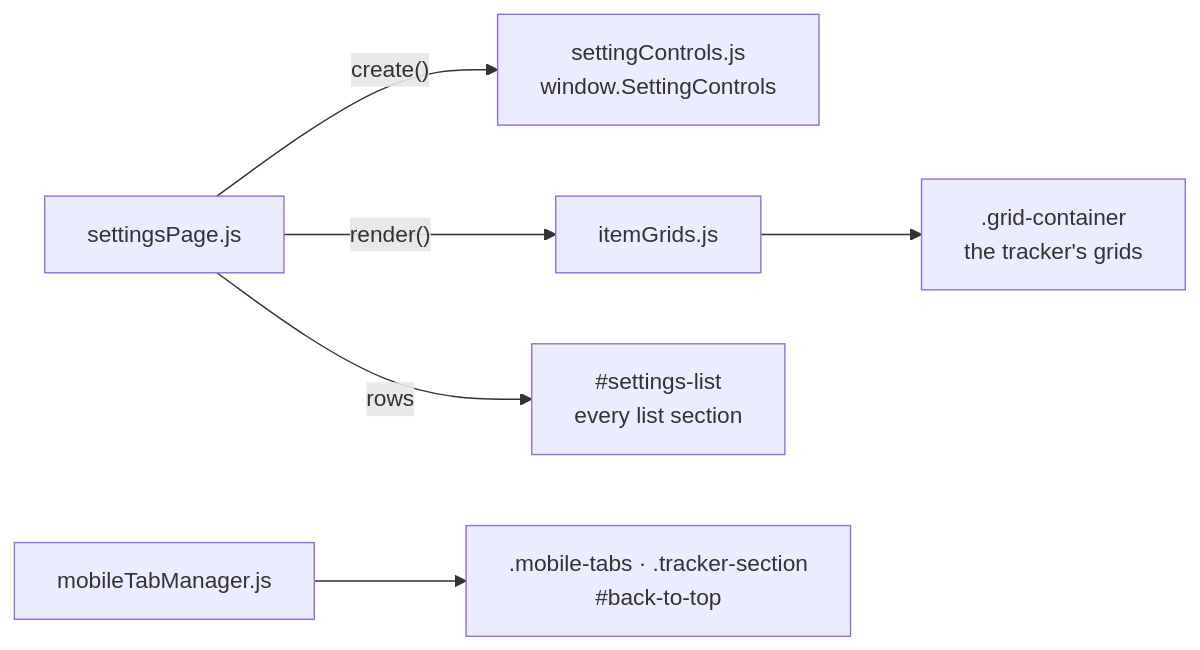
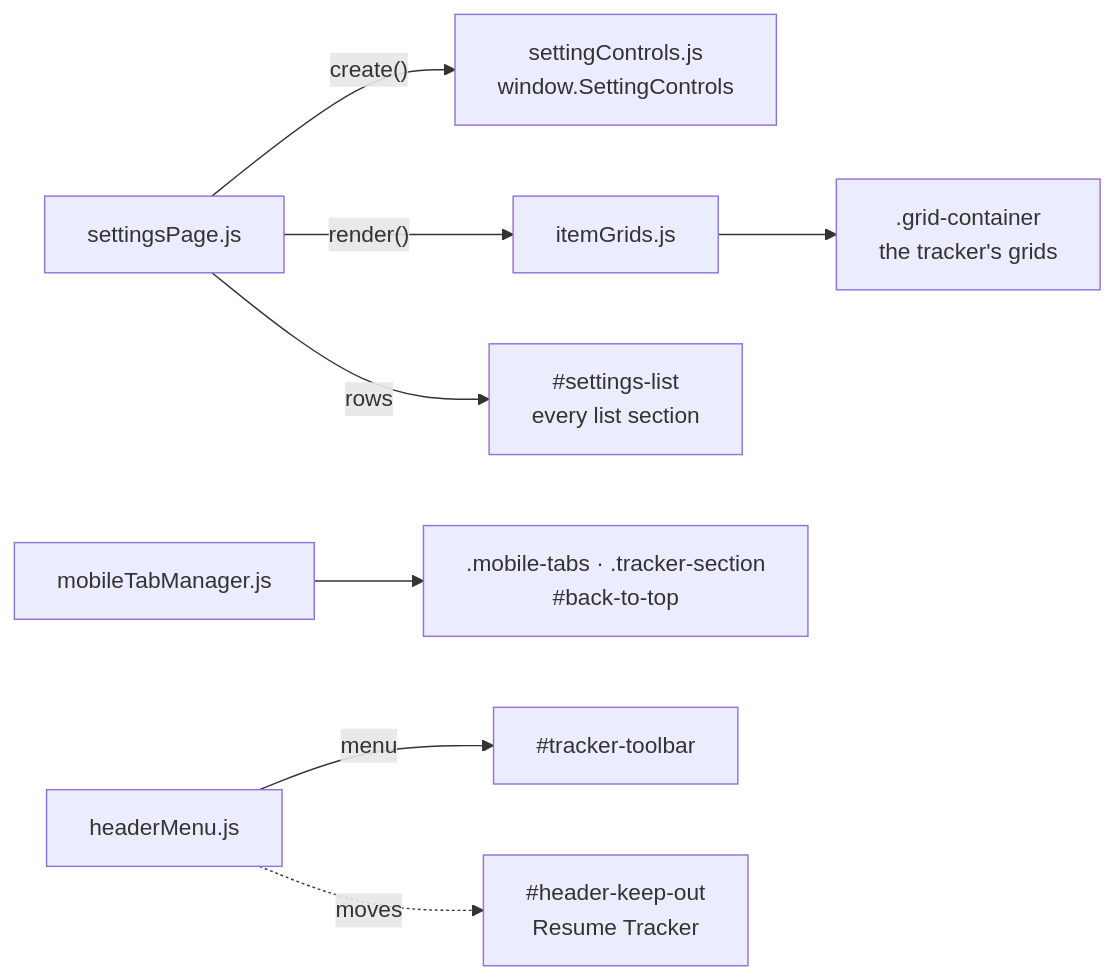
One commit to GonzaloJMora/mm3drTracker changed the tenth of 20 diagrams in documentation/architecture-diagram.md. Above: the diagram before and after it, drawn with Mermaid. The commit also changed other lines of this file and 72 other files, not shown here.

````diff
--- a/documentation/architecture-diagram.md
+++ b/documentation/architecture-diagram.md
@@ -172,18 +267,23 @@
 ```mermaid
-%%{init: {"flowchart": {"wrappingWidth": 280}}}%%
+%%{init: {"flowchart": {"wrappingWidth": 280, "rankSpacing": 20}}}%%
 flowchart LR
     SPJ["settingsPage.js"]
     SC["settingControls.js<br/>window.SettingControls"]
     IG["itemGrids.js"]
     MTM["mobileTabManager.js"]
+    HM["headerMenu.js"]
 
     LIST["#settings-list<br/>every list section"]
     GRIDS[".grid-container<br/>the tracker's grids"]
     TABS[".mobile-tabs · .tracker-section<br/>#back-to-top"]
+    TBAR["#tracker-toolbar"]
+    KO["#header-keep-out<br/>Resume Tracker"]
 
     SPJ -- "create()" --> SC
     SPJ -- "rows" --> LIST
     SPJ -- "render()" --> IG
     IG --> GRIDS
     MTM --> TABS
+    HM -- "menu" --> TBAR
+    HM -. "moves" .-> KO
 ```
````
